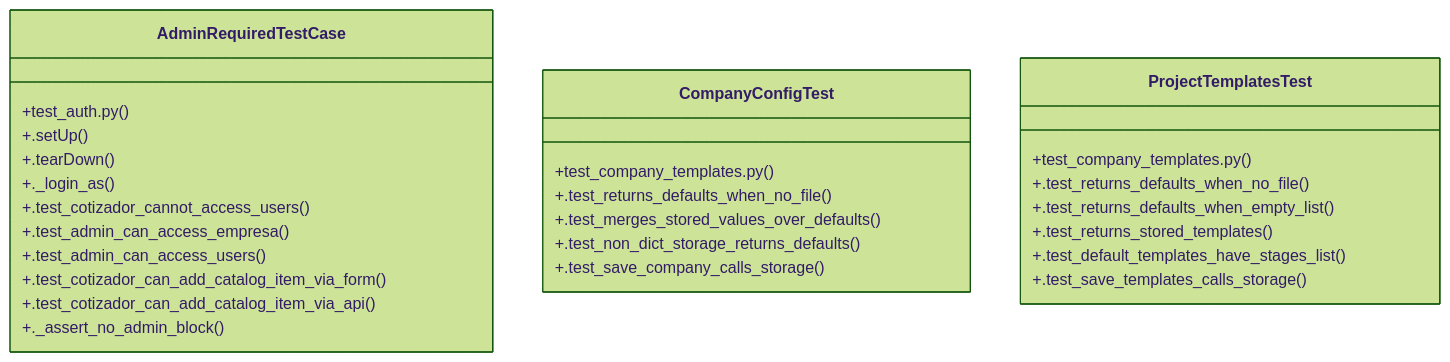
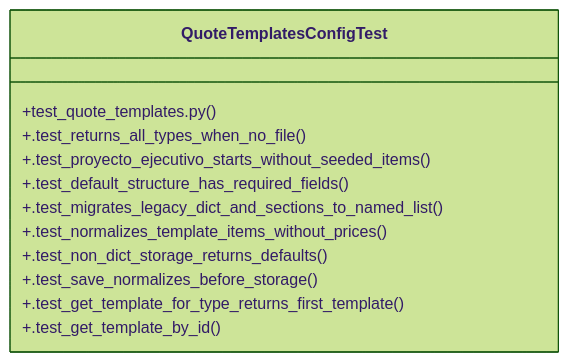
Before and after one commit to Daftrick/ProjectTracker: the diagram in graphify-out/wiki/Community_14.md, drawn with Mermaid (forest theme). The commit also changed other lines of this file and 544 other files, not shown here.

````diff
--- a/graphify-out/wiki/Community_14.md
+++ b/graphify-out/wiki/Community_14.md
@@ -36,30 +36,15 @@
 ```mermaid
 classDiagram
-    class AdminRequiredTestCase {
-        +test_auth.py()
-        +.setUp()
-        +.tearDown()
-        +._login_as()
-        +.test_cotizador_cannot_access_users()
-        +.test_admin_can_access_empresa()
-        +.test_admin_can_access_users()
-        +.test_cotizador_can_add_catalog_item_via_form()
-        +.test_cotizador_can_add_catalog_item_via_api()
-        +._assert_no_admin_block()
-    }
-    class CompanyConfigTest {
-        +test_company_templates.py()
-        +.test_returns_defaults_when_no_file()
-        +.test_merges_stored_values_over_defaults()
+    class QuoteTemplatesConfigTest {
+        +test_quote_templates.py()
+        +.test_returns_all_types_when_no_file()
+        +.test_proyecto_ejecutivo_starts_without_seeded_items()
+        +.test_default_structure_has_required_fields()
+        +.test_migrates_legacy_dict_and_sections_to_named_list()
+        +.test_normalizes_template_items_without_prices()
         +.test_non_dict_storage_returns_defaults()
-        +.test_save_company_calls_storage()
-    }
-    class ProjectTemplatesTest {
-        +test_company_templates.py()
-        +.test_returns_defaults_when_no_file()
-        +.test_returns_defaults_when_empty_list()
-        +.test_returns_stored_templates()
-        +.test_default_templates_have_stages_list()
-        +.test_save_templates_calls_storage()
+        +.test_save_normalizes_before_storage()
+        +.test_get_template_for_type_returns_first_template()
+        +.test_get_template_by_id()
     }
 ```
````
